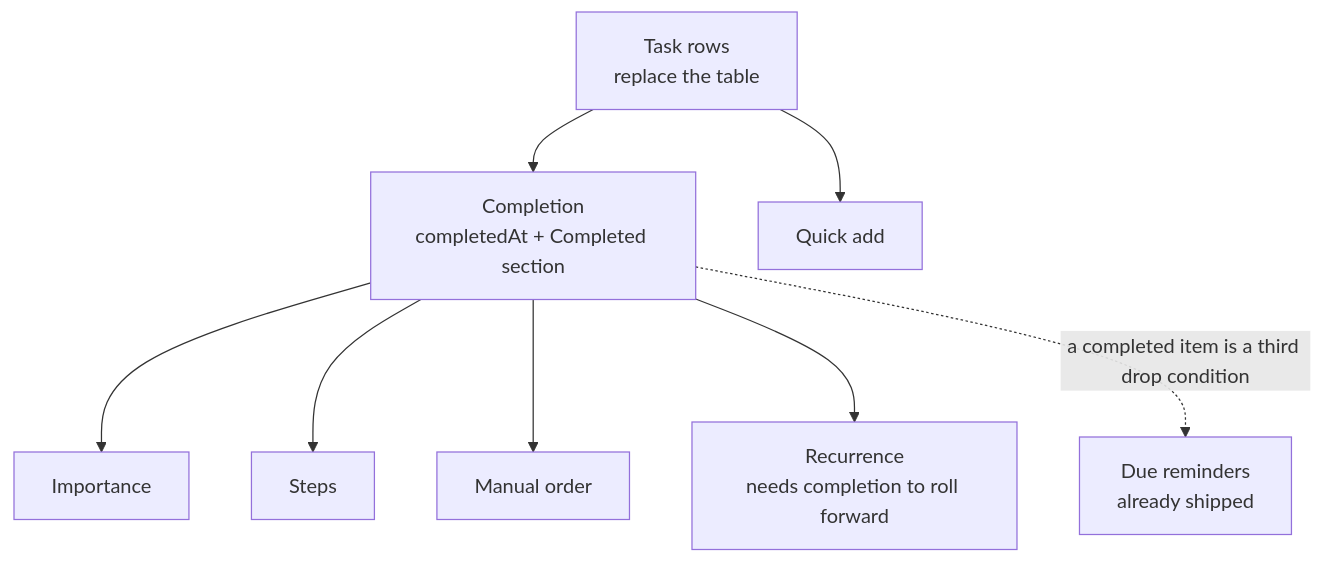
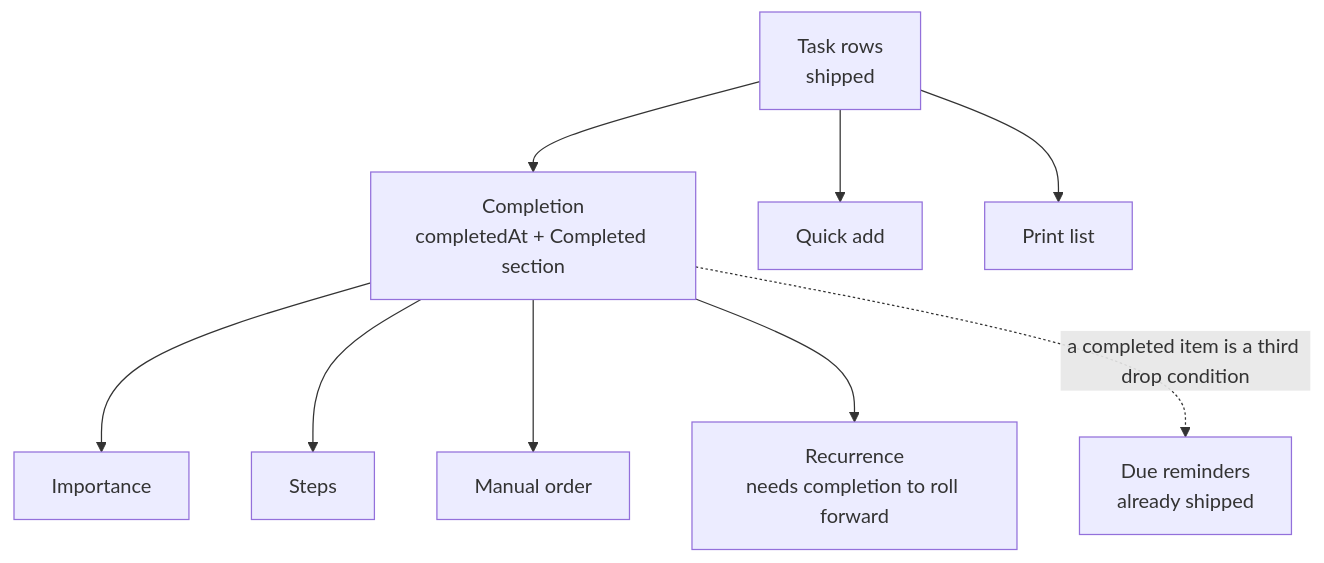
The diagram in apps/web/content/docs/proposals/resource/todo-list/index.md (Esposter/Esposter), drawn with Mermaid before and after one commit. The commit also changed other lines of this file and 6 other files, not shown here.

````diff
--- a/apps/web/content/docs/proposals/resource/todo-list/index.md
+++ b/apps/web/content/docs/proposals/resource/todo-list/index.md
@@ -26,10 +27,11 @@
 ```mermaid
 flowchart TD
-  ROWS[Task rows<br/>replace the table] --> DONE[Completion<br/>completedAt + Completed section]
+  ROWS[Task rows<br/>shipped] --> DONE[Completion<br/>completedAt + Completed section]
   ROWS --> ADD[Quick add]
+  ROWS --> PRINT[Print list]
   DONE --> STAR[Importance]
   DONE --> STEPS[Steps]
   DONE --> ORDER[Manual order]
   DONE --> REPEAT[Recurrence<br/>needs completion to roll forward]
   DONE -.->|a completed item is a third drop condition| REM[Due reminders<br/>already shipped]
 ```
````
